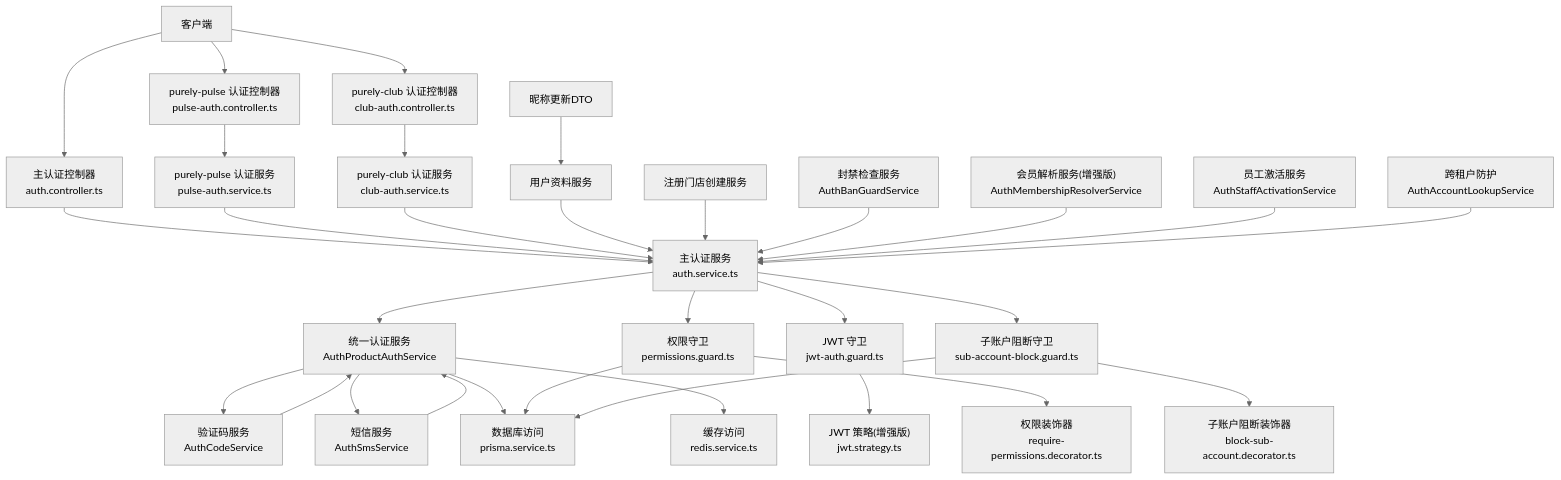
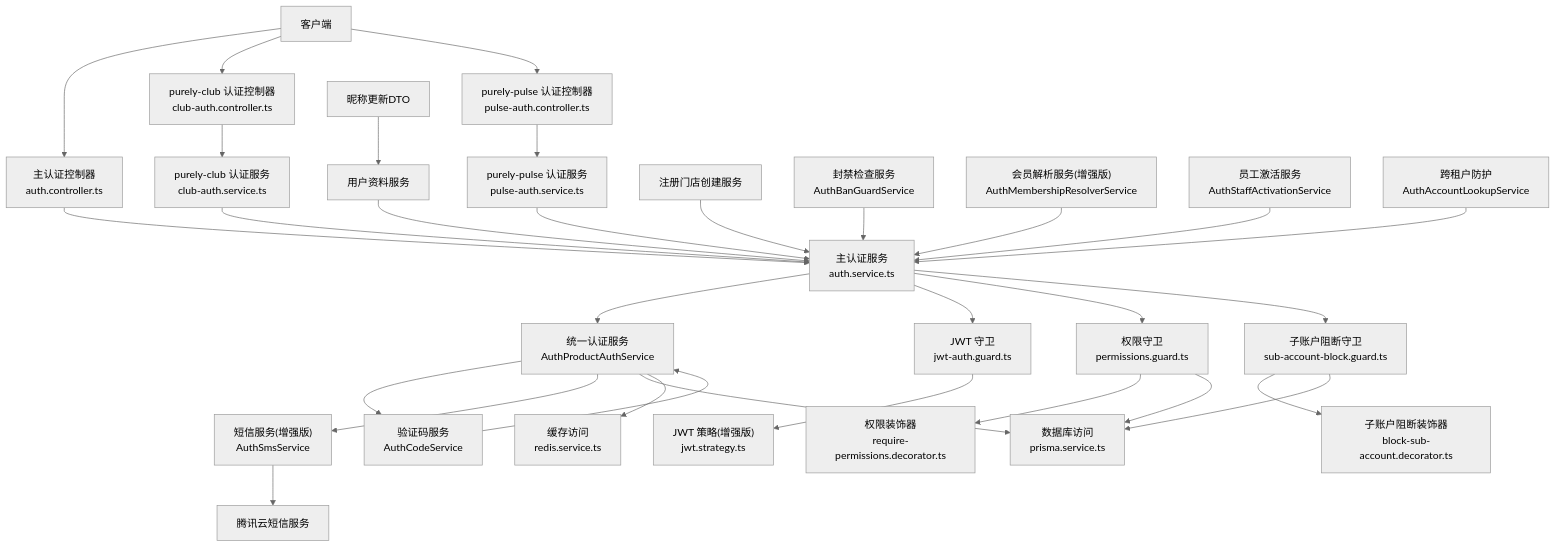
The second of 17 diagrams in .qoder/repowiki/zh/content/认证授权系统/认证授权系统.md (rc558620/purelyprofit-server), drawn with Mermaid (neutral theme) before and after one commit. The commit also changed other lines of this file and 56 other files, not shown here.

````diff
--- a/.qoder/repowiki/zh/content/认证授权系统/认证授权系统.md
+++ b/.qoder/repowiki/zh/content/认证授权系统/认证授权系统.md
@@ -261,33 +266,33 @@
 ```mermaid
 graph TB
 Client["客户端"] --> MainAPI["主认证控制器<br/>auth.controller.ts"]
 Client --> ClubAPI["purely-club 认证控制器<br/>club-auth.controller.ts"]
 Client --> PulseAPI["purely-pulse 认证控制器<br/>pulse-auth.controller.ts"]
 MainAPI --> MainAuthSvc["主认证服务<br/>auth.service.ts"]
 ClubAPI --> ClubAuthSvc["purely-club 认证服务<br/>club-auth.service.ts"]
 PulseAPI --> PulseAuthSvc["purely-pulse 认证服务<br/>pulse-auth.service.ts"]
 PulseAuthSvc --> MainAuthSvc
 MainAuthSvc --> UnifiedAuth["统一认证服务<br/>AuthProductAuthService"]
 UnifiedAuth --> CodeSvc["验证码服务<br/>AuthCodeService"]
-UnifiedAuth --> SmsSvc["短信服务<br/>AuthSmsService"]
+UnifiedAuth --> SmsSvcEnhanced["短信服务(增强版)<br/>AuthSmsService"]
 MainAuthSvc --> JwtGuard["JWT 守卫<br/>jwt-auth.guard.ts"]
 JwtGuard --> JwtStrategyEnhanced["JWT 策略(增强版)<br/>jwt.strategy.ts"]
 MainAuthSvc --> PermGuard["权限守卫<br/>permissions.guard.ts"]
 PermGuard --> Decorators["权限装饰器<br/>require-permissions.decorator.ts"]
 MainAuthSvc --> SubAccBlock["子账户阻断守卫<br/>sub-account-block.guard.ts"]
 SubAccBlock --> SubAccDecorators["子账户阻断装饰器<br/>block-sub-account.decorator.ts"]
 ClubAuthSvc --> MainAuthSvc
 UnifiedAuth --> Prisma["数据库访问<br/>prisma.service.ts"]
 UnifiedAuth --> Redis["缓存访问<br/>redis.service.ts"]
-SmsSvc --> UnifiedAuth
+SmsSvcEnhanced --> TencentCloud["腾讯云短信服务"]
 CodeSvc --> UnifiedAuth
 PermGuard --> Prisma
 SubAccBlock --> Prisma
 UPS["用户资料服务"] --> MainAuthSvc
 ARS["注册门店创建服务"] --> MainAuthSvc
 URNS["昵称更新DTO"] --> UPS
 ABGS["封禁检查服务<br/>AuthBanGuardService"] --> MainAuthSvc
 AMRS["会员解析服务(增强版)<br/>AuthMembershipResolverService"] --> MainAuthSvc
 ASAS["员工激活服务<br/>AuthStaffActivationService"] --> MainAuthSvc
 CrossTenant["跨租户防护<br/>AuthAccountLookupService"] --> MainAuthSvc
 ```
````
